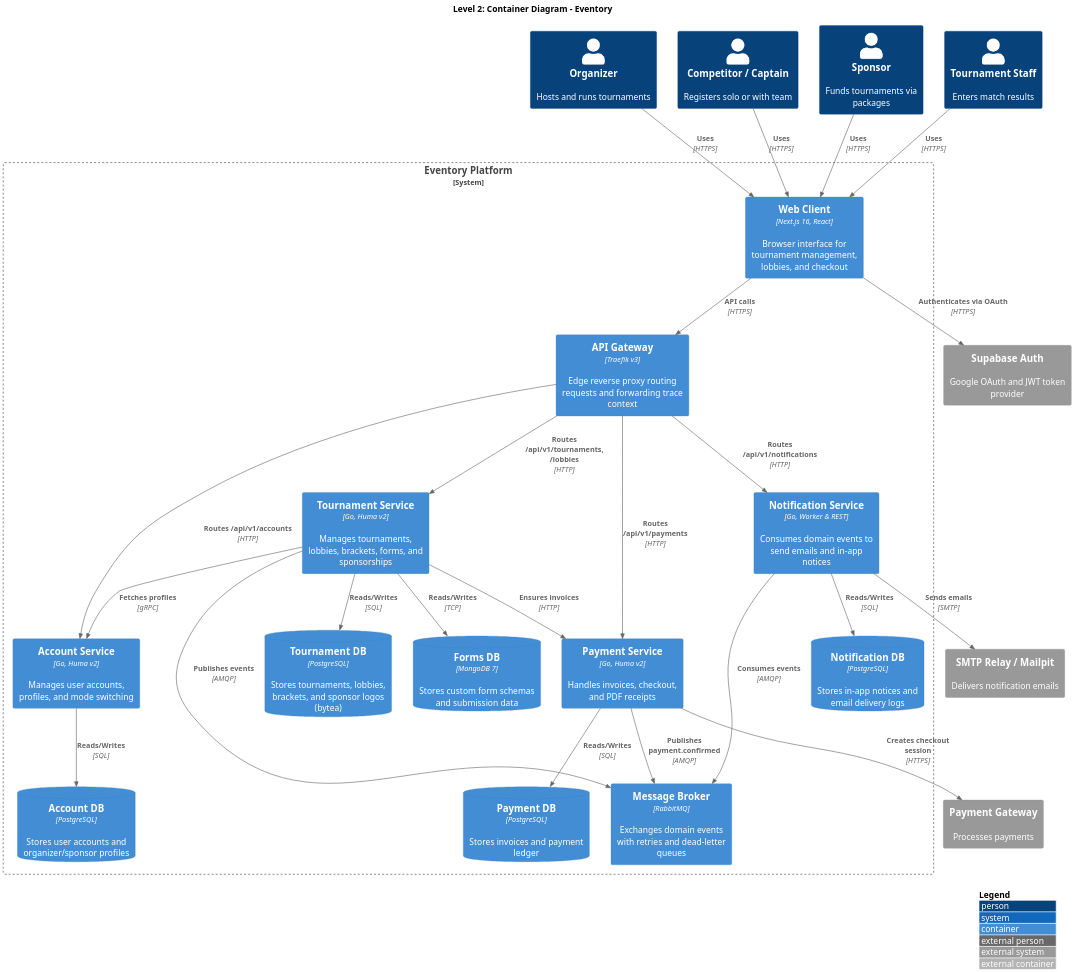
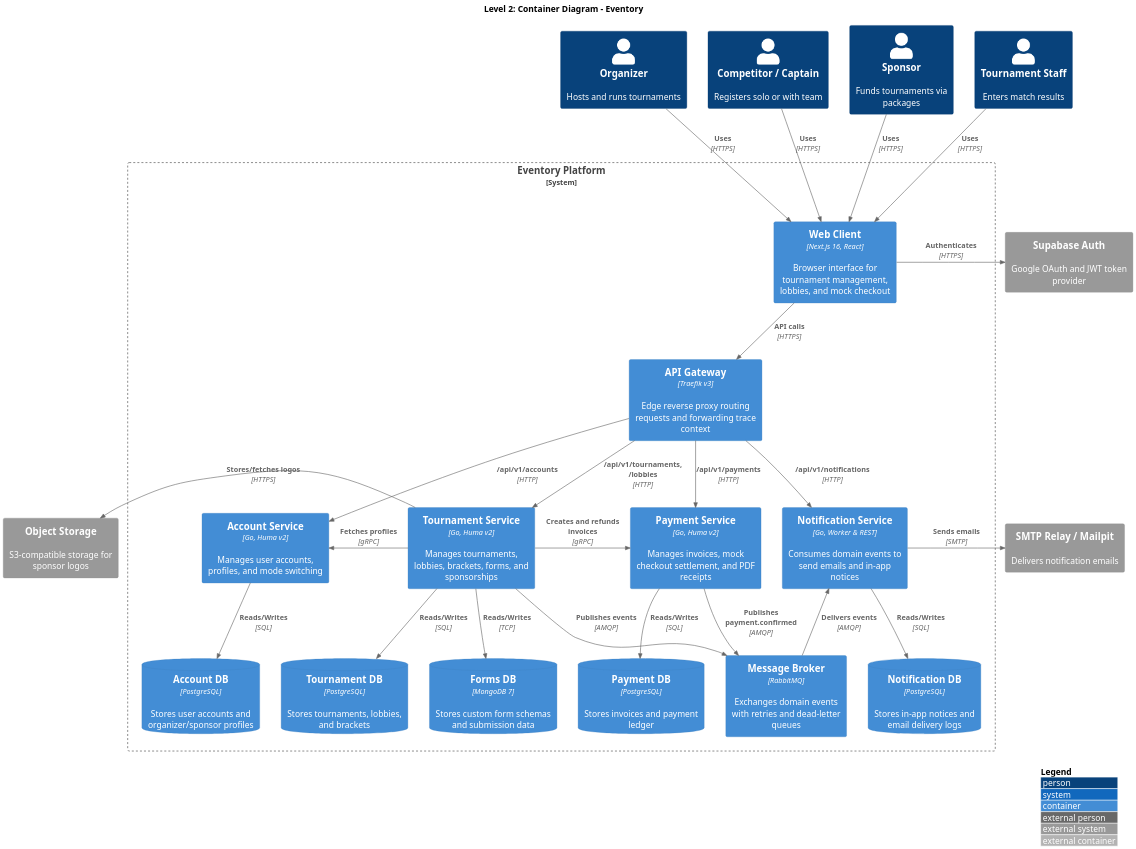
The diagram in docs/arch/c4-level2-container.puml (moomaideng/eventory), drawn with PlantUML before and after one commit. The commit also changed 15 other files, not shown here.

Commit message:
docs: remove payment gateway

```diff
--- a/docs/arch/c4-level2-container.puml
+++ b/docs/arch/c4-level2-container.puml
@@ -1,64 +1,78 @@
 @startuml c4-level2-container
 skinparam dpi 200
 !include <C4/C4_Container>
 
 LAYOUT_WITH_LEGEND()
 
 title Level 2: Container Diagram - Eventory
 
 Person(organizer, "Organizer", "Hosts and runs tournaments")
 Person(competitor, "Competitor / Captain", "Registers solo or with team")
 Person(sponsor, "Sponsor", "Funds tournaments via packages")
 Person(staff, "Tournament Staff", "Enters match results")
 
 System_Ext(supabase, "Supabase Auth", "Google OAuth and JWT token provider")
-System_Ext(payment_gw, "Payment Gateway", "Processes payments")
+System_Ext(s3, "Object Storage", "S3-compatible storage for sponsor logos")
 System_Ext(smtp, "SMTP Relay / Mailpit", "Delivers notification emails")
 
 System_Boundary(c1, "Eventory Platform") {
-    Container(web_app, "Web Client", "Next.js 16, React", "Browser interface for tournament management, lobbies, and checkout")
+    Container(web_app, "Web Client", "Next.js 16, React", "Browser interface for tournament management, lobbies, and mock checkout")
     Container(gateway, "API Gateway", "Traefik v3", "Edge reverse proxy routing requests and forwarding trace context")
 
-    Container(account_service, "Account Service", "Go, Huma v2", "Manages user accounts, profiles, and mode switching")
-    Container(tournament_service, "Tournament Service", "Go, Huma v2", "Manages tournaments, lobbies, brackets, forms, and sponsorships")
-    Container(payment_service, "Payment Service", "Go, Huma v2", "Handles invoices, checkout, and PDF receipts")
-    Container(notification_service, "Notification Service", "Go, Worker & REST", "Consumes domain events to send emails and in-app notices")
+    together {
+        Container(account_service, "Account Service", "Go, Huma v2", "Manages user accounts, profiles, and mode switching")
+        Container(tournament_service, "Tournament Service", "Go, Huma v2", "Manages tournaments, lobbies, brackets, forms, and sponsorships")
+        Container(payment_service, "Payment Service", "Go, Huma v2", "Manages invoices, mock checkout settlement, and PDF receipts")
+        Container(notification_service, "Notification Service", "Go, Worker & REST", "Consumes domain events to send emails and in-app notices")
+    }
 
-    ContainerDb(account_db, "Account DB", "PostgreSQL", "Stores user accounts and organizer/sponsor profiles")
-    ContainerDb(tournament_db, "Tournament DB", "PostgreSQL", "Stores tournaments, lobbies, brackets, and sponsor logos (bytea)")
-    ContainerDb(forms_db, "Forms DB", "MongoDB 7", "Stores custom form schemas and submission data")
-    ContainerDb(payment_db, "Payment DB", "PostgreSQL", "Stores invoices and payment ledger")
-    ContainerDb(notification_db, "Notification DB", "PostgreSQL", "Stores in-app notices and email delivery logs")
+    together {
+        ContainerDb(account_db, "Account DB", "PostgreSQL", "Stores user accounts and organizer/sponsor profiles")
+        ContainerDb(tournament_db, "Tournament DB", "PostgreSQL", "Stores tournaments, lobbies, and brackets")
+        ContainerDb(forms_db, "Forms DB", "MongoDB 7", "Stores custom form schemas and submission data")
+        ContainerDb(payment_db, "Payment DB", "PostgreSQL", "Stores invoices and payment ledger")
+        Container(broker, "Message Broker", "RabbitMQ", "Exchanges domain events with retries and dead-letter queues")
+        ContainerDb(notification_db, "Notification DB", "PostgreSQL", "Stores in-app notices and email delivery logs")
+    }
 
-    Container(broker, "Message Broker", "RabbitMQ", "Exchanges domain events with retries and dead-letter queues")
+    account_service -[hidden]right- tournament_service
+    tournament_service -[hidden]right- payment_service
+    payment_service -[hidden]right- notification_service
+
+    account_db -[hidden]right- tournament_db
+    tournament_db -[hidden]right- forms_db
+    forms_db -[hidden]right- payment_db
+    payment_db -[hidden]right- broker
+    broker -[hidden]right- notification_db
 }
 
 Rel(organizer, web_app, "Uses", "HTTPS")
 Rel(competitor, web_app, "Uses", "HTTPS")
 Rel(sponsor, web_app, "Uses", "HTTPS")
 Rel(staff, web_app, "Uses", "HTTPS")
 
-Rel(web_app, supabase, "Authenticates via OAuth", "HTTPS")
-Rel(web_app, gateway, "API calls", "HTTPS")
+Rel_R(web_app, supabase, "Authenticates", "HTTPS")
+Rel_D(web_app, gateway, "API calls", "HTTPS")
 
-Rel(gateway, account_service, "Routes /api/v1/accounts", "HTTP")
-Rel(gateway, tournament_service, "Routes /api/v1/tournaments, /lobbies", "HTTP")
-Rel(gateway, payment_service, "Routes /api/v1/payments", "HTTP")
-Rel(gateway, notification_service, "Routes /api/v1/notifications", "HTTP")
+Rel_D(gateway, account_service, "/api/v1/accounts", "HTTP")
+Rel_D(gateway, tournament_service, "/api/v1/tournaments, /lobbies", "HTTP")
+Rel_D(gateway, payment_service, "/api/v1/payments", "HTTP")
+Rel_D(gateway, notification_service, "/api/v1/notifications", "HTTP")
 
-Rel(tournament_service, account_service, "Fetches profiles", "gRPC")
-Rel(tournament_service, payment_service, "Ensures invoices", "HTTP")
+Rel_L(tournament_service, account_service, "Fetches profiles", "gRPC")
+Rel_R(tournament_service, payment_service, "Creates and refunds invoices", "gRPC")
 
-Rel(payment_service, payment_gw, "Creates checkout session", "HTTPS")
+Rel_D(account_service, account_db, "Reads/Writes", "SQL")
+Rel_D(tournament_service, tournament_db, "Reads/Writes", "SQL")
+Rel_D(tournament_service, forms_db, "Reads/Writes", "TCP")
+Rel_D(payment_service, payment_db, "Reads/Writes", "SQL")
+Rel_D(notification_service, notification_db, "Reads/Writes", "SQL")
 
-Rel(account_service, account_db, "Reads/Writes", "SQL")
-Rel(tournament_service, tournament_db, "Reads/Writes", "SQL")
-Rel(tournament_service, forms_db, "Reads/Writes", "TCP")
-Rel(payment_service, payment_db, "Reads/Writes", "SQL")
-Rel(notification_service, notification_db, "Reads/Writes", "SQL")
+Rel_L(tournament_service, s3, "Stores/fetches logos", "HTTPS")
 
-Rel(tournament_service, broker, "Publishes events", "AMQP")
-Rel(payment_service, broker, "Publishes payment.confirmed", "AMQP")
-Rel(notification_service, broker, "Consumes events", "AMQP")
-Rel(notification_service, smtp, "Sends emails", "SMTP")
+Rel_D(tournament_service, broker, "Publishes events", "AMQP")
+Rel_D(payment_service, broker, "Publishes payment.confirmed", "AMQP")
+Rel_U(broker, notification_service, "Delivers events", "AMQP")
+Rel_R(notification_service, smtp, "Sends emails", "SMTP")
+
 @enduml
```
